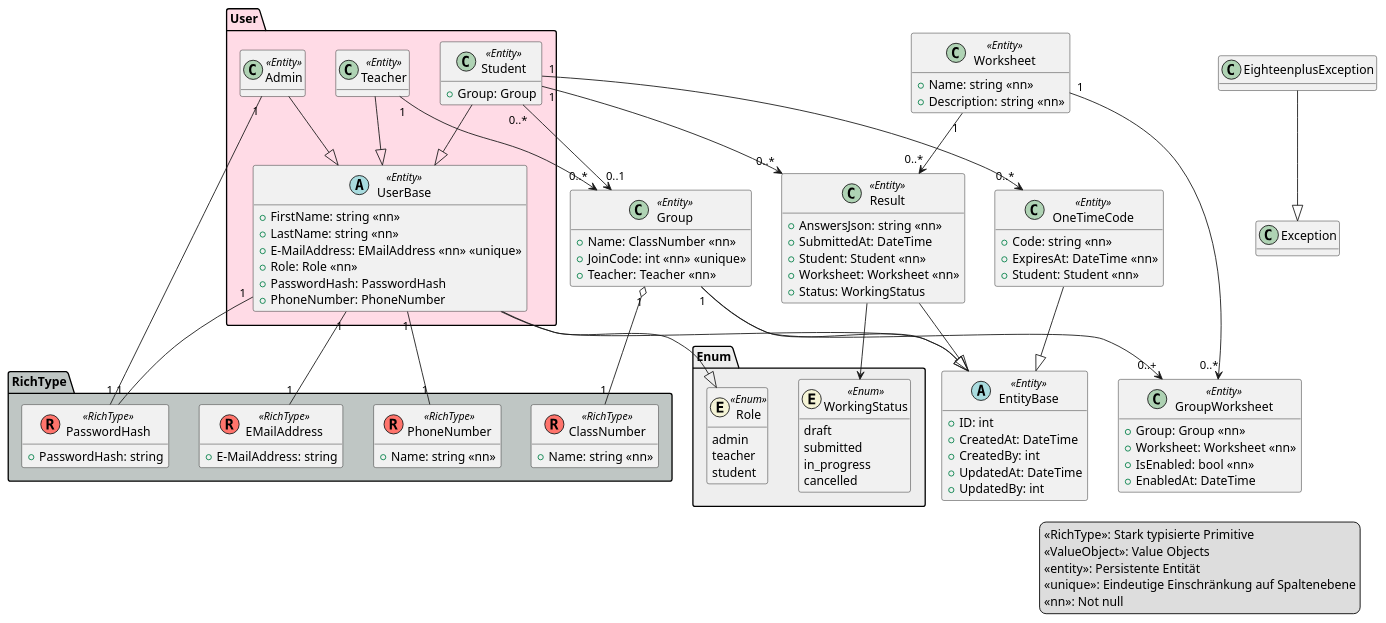
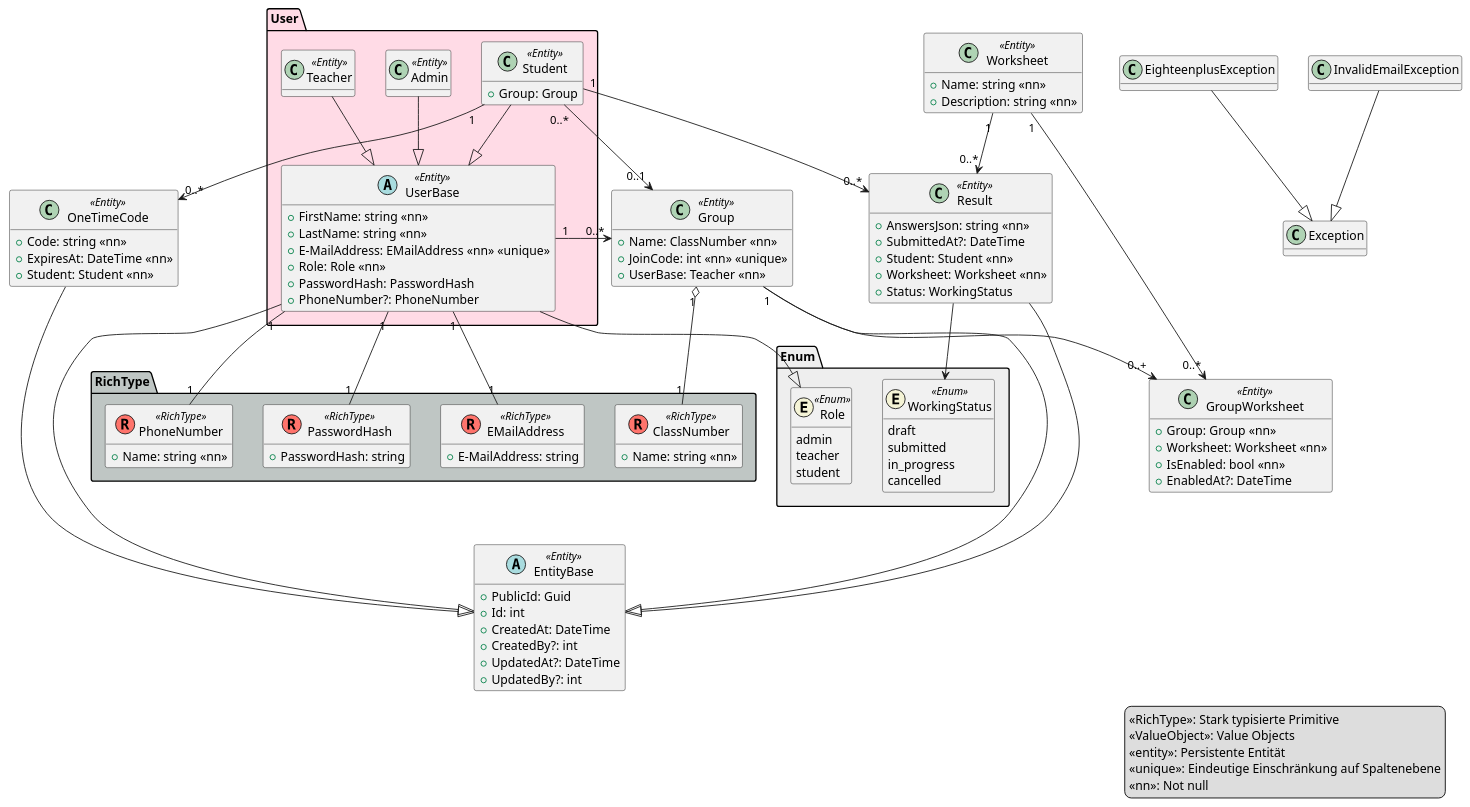
One commit to darmattt/18plus changed the diagram in 18plus.puml. Above: the diagram before and after it, drawn with PlantUML. The commit also changed 35 other files, not shown here.

```diff
--- a/18plus.puml
+++ b/18plus.puml
@@ -1,145 +1,142 @@
 @startuml
 ' ---- Layout & Stil ----
 hide empty methods
 ' ---- Legende ----
 legend right
 <<RichType>>: Stark typisierte Primitive
 <<ValueObject>>: Value Objects
 <<entity>>: Persistente Entität
 <<unique>>: Eindeutige Einschränkung auf Spaltenebene
 <<nn>>: Not null
 endlegend
 ' ===================== Packages =====================
     class EntityBase << (A,#A9DCDF) Entity >> {
-        +ID: int
+        +PublicId: Guid 
+        +Id: int
         +CreatedAt: DateTime
-        +CreatedBy: int
-        +UpdatedAt: DateTime
-        +UpdatedBy: int   
+        +CreatedBy?: int
+        +UpdatedAt?: DateTime
+        +UpdatedBy?: int   
     }
     
   
     class EighteenplusException << (C,#AFD3B4)  >> {  
     }
   
     class Exception << (C,#AFD3B4)  >> {
     
     }
   
     class Group <<(C,#AFD3B4) Entity >> {
         +Name: ClassNumber <<nn>>
         +JoinCode: int <<nn>> <<unique>>
-        +Teacher: Teacher <<nn>>
+        +UserBase: Teacher <<nn>>
     }
 package "User" as P_User #FFDBE6 {
     class UserBase << (A,#A9DCDF) Entity >> {
         +FirstName: string <<nn>>
         +LastName: string <<nn>>
         +E-MailAddress: EMailAddress <<nn>> <<unique>>
         +Role: Role <<nn>>
         +PasswordHash: PasswordHash
-        +PhoneNumber: PhoneNumber
+        +PhoneNumber?: PhoneNumber
     }
     
     class Admin << (C,#AFD3B4) Entity >> {
     }
 
     class Teacher << (C,#AFD3B4) Entity >> {
     }
     class Student << (C,#AFD3B4) Entity >> {
         +Group: Group  
 
     }
 }
     class OneTimeCode << (C, #AFD3B4) Entity>> {
         +Code: string <<nn>>
         +ExpiresAt: DateTime <<nn>>
         +Student: Student <<nn>>
     }
 
  
     class Result << (C, #AFD3B4) Entity >> {
         +AnswersJson: string <<nn>>
-        +SubmittedAt: DateTime 
+        +SubmittedAt?: DateTime 
         +Student: Student <<nn>>
         +Worksheet: Worksheet <<nn>>
         +Status: WorkingStatus
     }
-    
-
- 
-
     
     class Worksheet << (C, #AFD3B4) Entity >> {
         +Name: string <<nn>>
         +Description: string <<nn>>
     }
     
     class GroupWorksheet <<Entity>> {
         +Group: Group <<nn>>
         +Worksheet: Worksheet <<nn>>
         +IsEnabled: bool <<nn>>
-        +EnabledAt: DateTime 
+        +EnabledAt?: DateTime 
     }
     
 
    
   
 package "RichType" as P_RichType #BFC6C4 {
 
     class EMailAddress << (R,#FF746C ) RichType>> {
         + E-MailAddress: string
         }  
         
     class PasswordHash << (R,#FF746C ) RichType>> {
         + PasswordHash: string
         }  
 
     class ClassNumber << (R,#FF746C) RichType >> {
         +Name: string <<nn>>
     }
     
     class PhoneNumber << (R,#FF746C) RichType >> {
         +Name: string <<nn>>
     }
         
 }
 package "Enum" as P_Enum #EEEEEE {
 
     class Role <<(E, #F5F4D6) Enum>> {
         admin
         teacher
         student        
     }
     class WorkingStatus << (E, #F5F4D6) Enum >> {
         draft
         submitted
         in_progress
         cancelled
     }
 }
   
-    UserBase --|> EntityBase
+    UserBase ---|> EntityBase
     Teacher --|> UserBase
     Student --|> UserBase
     EighteenplusException --|> Exception
+    InvalidEmailException --|> Exception
     Student "0..*"-->"0..1" Group
     Group "1" o-- "1" ClassNumber
-    Teacher "1"-->"0..*" Group
-    Group --|> EntityBase
-    Result --|> EntityBase
+    UserBase "1"-->"0..*" Group
+    Group ---|> EntityBase
+    Result ---|> EntityBase
     Result --> WorkingStatus
     Student "1" --> "0..*" Result
     Worksheet "1" --> "0..*" Result
     OneTimeCode --|> EntityBase
     Student "1" --> "0..*" OneTimeCode
     Group "1" --> "0..+"GroupWorksheet
     Worksheet "1" --> "0..*" GroupWorksheet
     UserBase --|> Role
     UserBase "1"--"1" EMailAddress
     UserBase "1"--"1" PasswordHash
     PhoneNumber "1" -- "1" UserBase
     Admin --|> UserBase
-    Admin "1"--"1" PasswordHash
  
 @enduml
```
